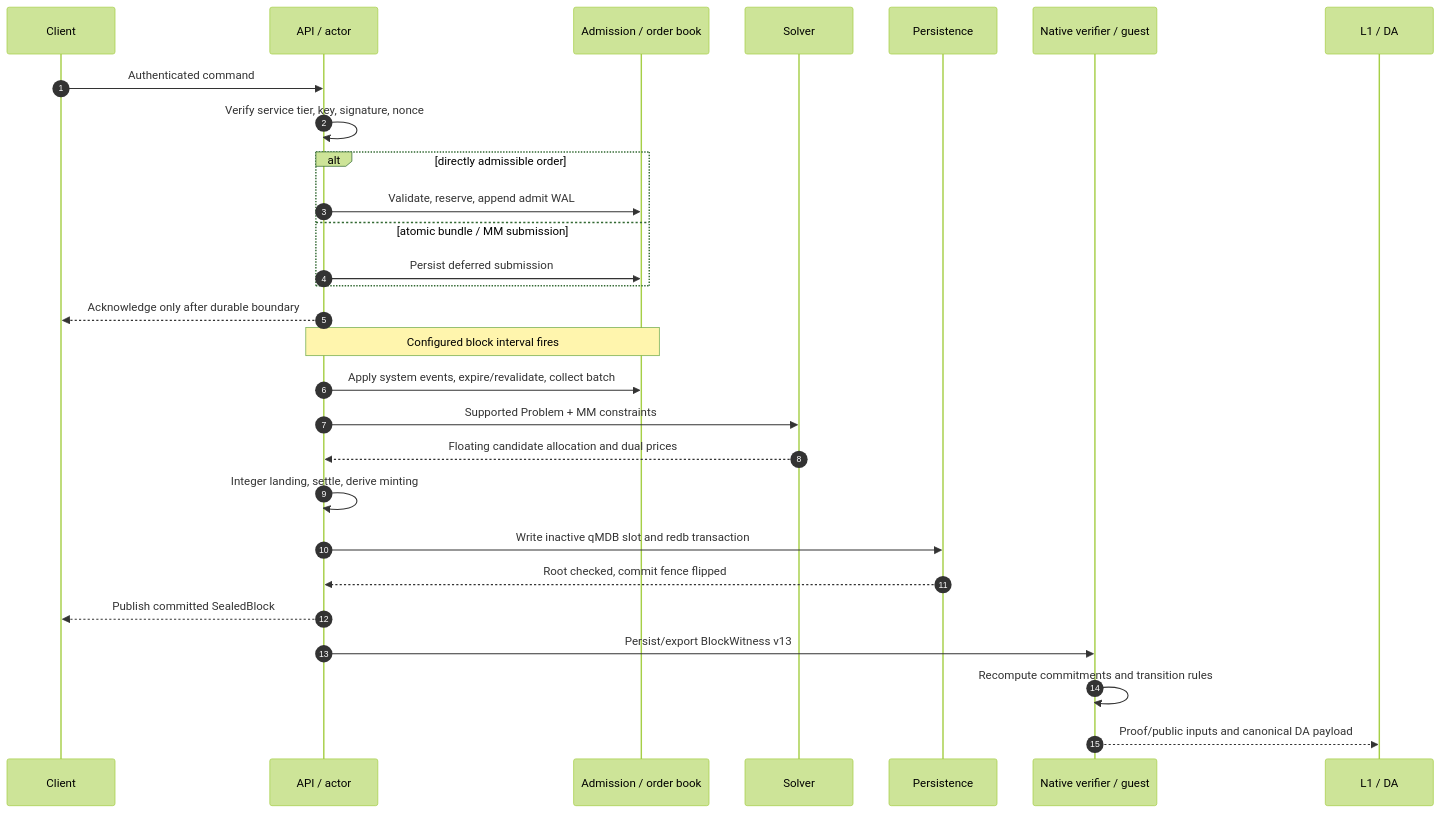
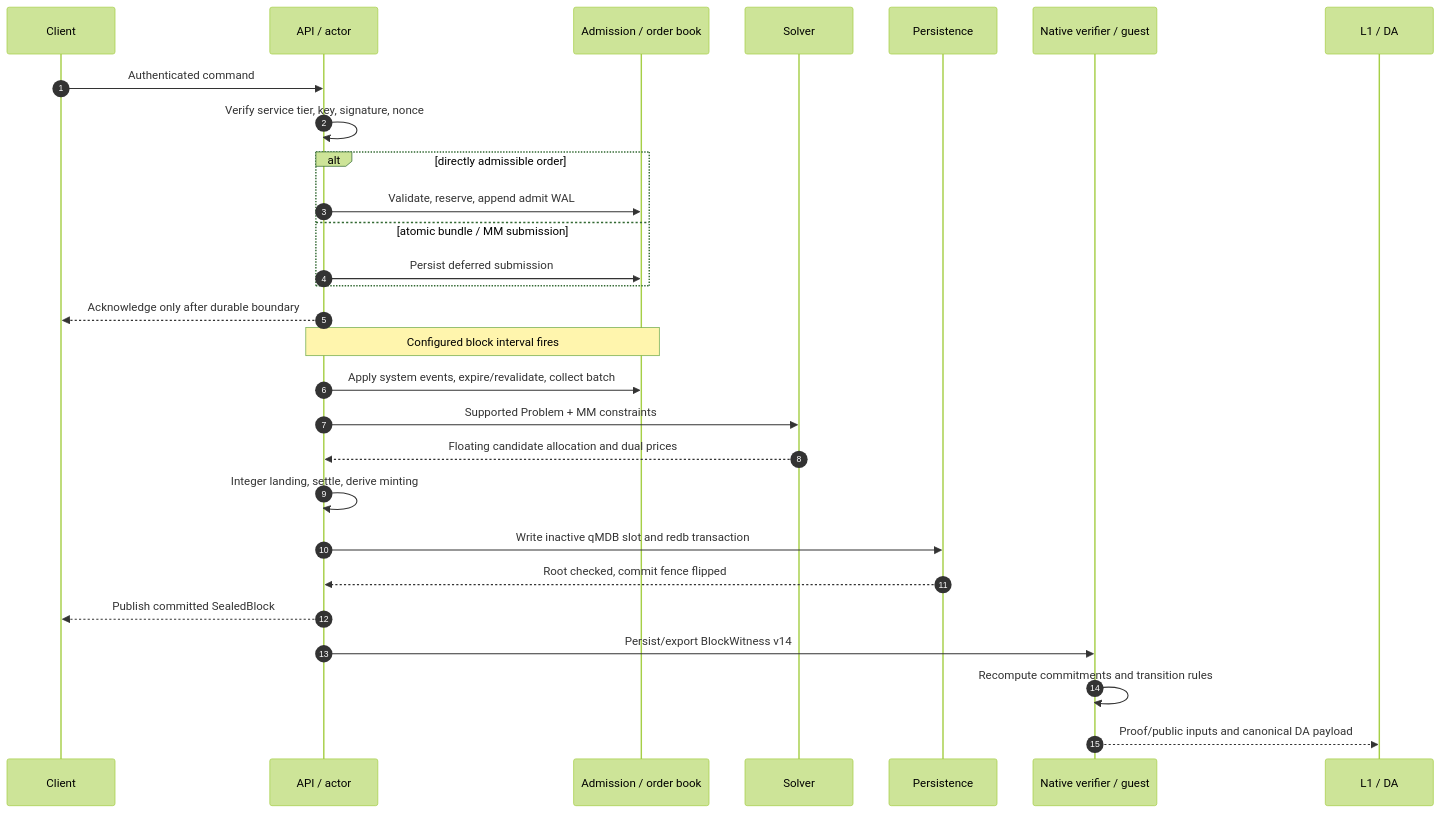
One commit to MetaB0y/sybil changed the second of 2 diagrams in docs/architecture/Sybil Architecture.md. Above: the diagram before and after it, drawn with Mermaid (forest theme). The commit also changed other lines of this file and 73 other files, not shown here.

````diff
--- a/docs/architecture/Sybil Architecture.md
+++ b/docs/architecture/Sybil Architecture.md
@@ -84,32 +84,32 @@
 ```mermaid
 sequenceDiagram
     autonumber
     participant C as Client
     participant A as API / actor
     participant O as Admission / order book
     participant S as Solver
     participant P as Persistence
     participant V as Native verifier / guest
     participant L as L1 / DA
 
     C->>A: Authenticated command
     A->>A: Verify service tier, key, signature, nonce
     alt directly admissible order
         A->>O: Validate, reserve, append admit WAL
     else atomic bundle / MM submission
         A->>O: Persist deferred submission
     end
     A-->>C: Acknowledge only after durable boundary
 
     Note over A,O: Configured block interval fires
     A->>O: Apply system events, expire/revalidate, collect batch
     A->>S: Supported Problem + MM constraints
     S-->>A: Floating candidate allocation and dual prices
     A->>A: Integer landing, settle, derive minting
     A->>P: Write inactive qMDB slot and redb transaction
     P-->>A: Root checked, commit fence flipped
     A-->>C: Publish committed SealedBlock
-    A->>V: Persist/export BlockWitness v13
+    A->>V: Persist/export BlockWitness v14
     V->>V: Recompute commitments and transition rules
     V-->>L: Proof/public inputs and canonical DA payload
 ```
````
